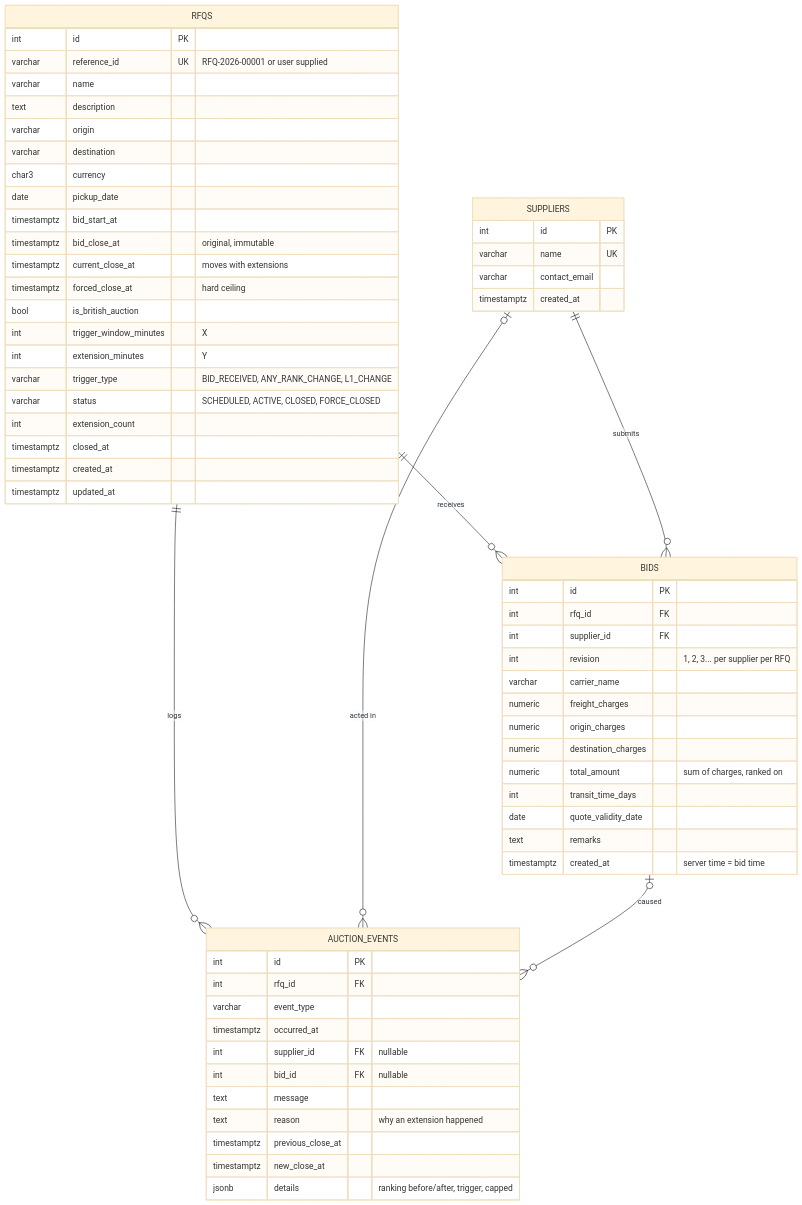
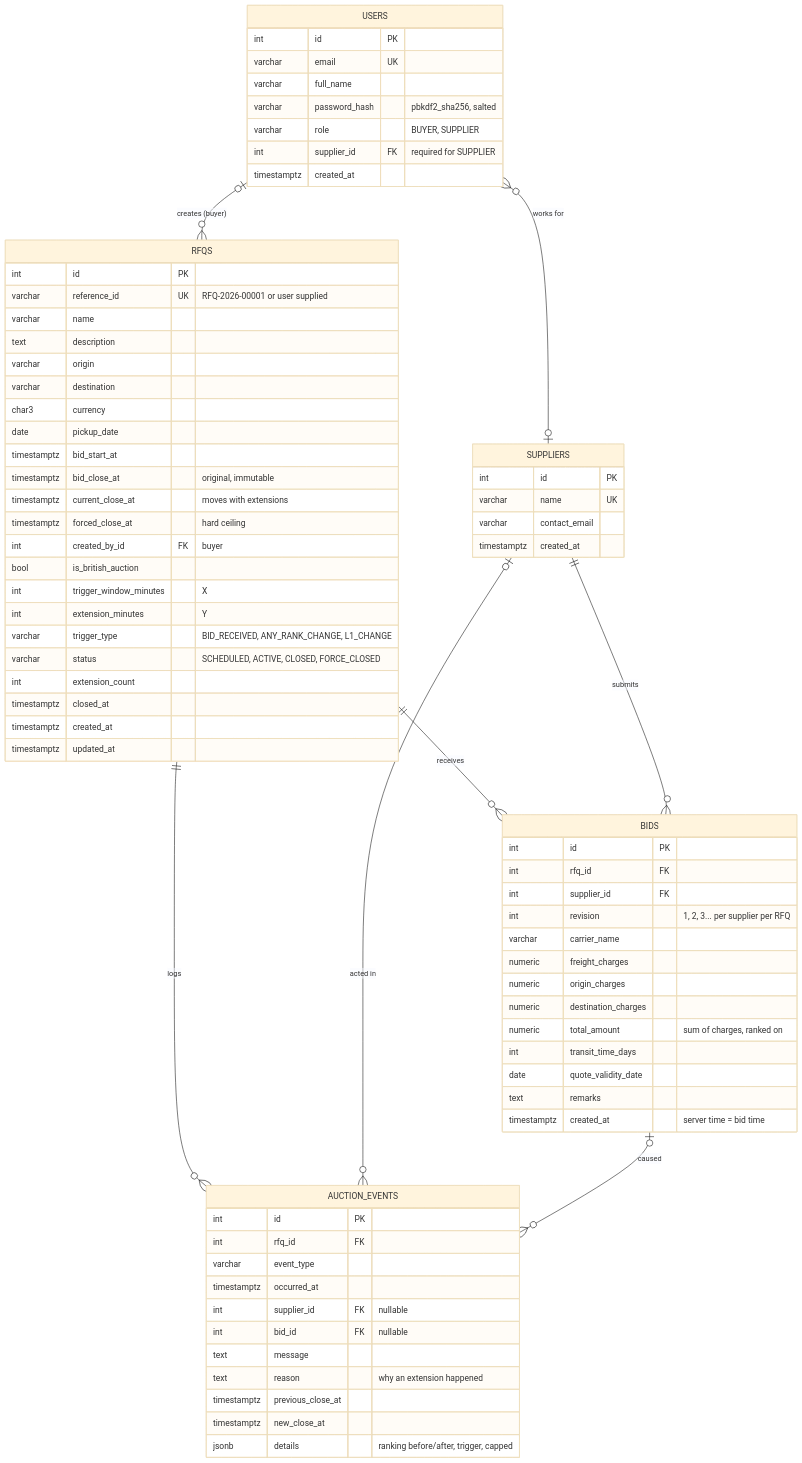
The diagram in docs/SCHEMA.md (varun-sharma-2006/British-Auction-in-RFQ-System), drawn with Mermaid (base theme) before and after one commit. The commit also changed other lines of this file and 11 other files, not shown here.

First line of the commit message:
Docs: refresh README, HLD and schema for auth, Celery/Redis, CI and deployment

````diff
--- a/docs/SCHEMA.md
+++ b/docs/SCHEMA.md
@@ -6,69 +7,82 @@
 ```mermaid
 erDiagram
+    USERS }o--o| SUPPLIERS : "works for"
+    USERS |o--o{ RFQS : "creates (buyer)"
     RFQS ||--o{ BIDS : receives
     SUPPLIERS ||--o{ BIDS : submits
     RFQS ||--o{ AUCTION_EVENTS : logs
     SUPPLIERS |o--o{ AUCTION_EVENTS : "acted in"
     BIDS |o--o{ AUCTION_EVENTS : "caused"
 
     RFQS {
         int id PK
         varchar reference_id UK "RFQ-2026-00001 or user supplied"
         varchar name
         text description
         varchar origin
         varchar destination
         char3 currency
         date pickup_date
         timestamptz bid_start_at
         timestamptz bid_close_at "original, immutable"
         timestamptz current_close_at "moves with extensions"
         timestamptz forced_close_at "hard ceiling"
+        int created_by_id FK "buyer"
         bool is_british_auction
         int trigger_window_minutes "X"
         int extension_minutes "Y"
         varchar trigger_type "BID_RECEIVED, ANY_RANK_CHANGE, L1_CHANGE"
         varchar status "SCHEDULED, ACTIVE, CLOSED, FORCE_CLOSED"
         int extension_count
         timestamptz closed_at
         timestamptz created_at
         timestamptz updated_at
+    }
+
+    USERS {
+        int id PK
+        varchar email UK
+        varchar full_name
+        varchar password_hash "pbkdf2_sha256, salted"
+        varchar role "BUYER, SUPPLIER"
+        int supplier_id FK "required for SUPPLIER"
+        timestamptz created_at
     }
 
     SUPPLIERS {
         int id PK
         varchar name UK
         varchar contact_email
         timestamptz created_at
     }
 
     BIDS {
         int id PK
         int rfq_id FK
         int supplier_id FK
         int revision "1, 2, 3... per supplier per RFQ"
         varchar carrier_name
         numeric freight_charges
         numeric origin_charges
         numeric destination_charges
         numeric total_amount "sum of charges, ranked on"
         int transit_time_days
         date quote_validity_date
         text remarks
         timestamptz created_at "server time = bid time"
     }
 
     AUCTION_EVENTS {
         int id PK
         int rfq_id FK
         varchar event_type
         timestamptz occurred_at
         int supplier_id FK "nullable"
         int bid_id FK "nullable"
         text message
         text reason "why an extension happened"
         timestamptz previous_close_at
         timestamptz new_close_at
         jsonb details "ranking before/after, trigger, capped"
     }
 ```
````
